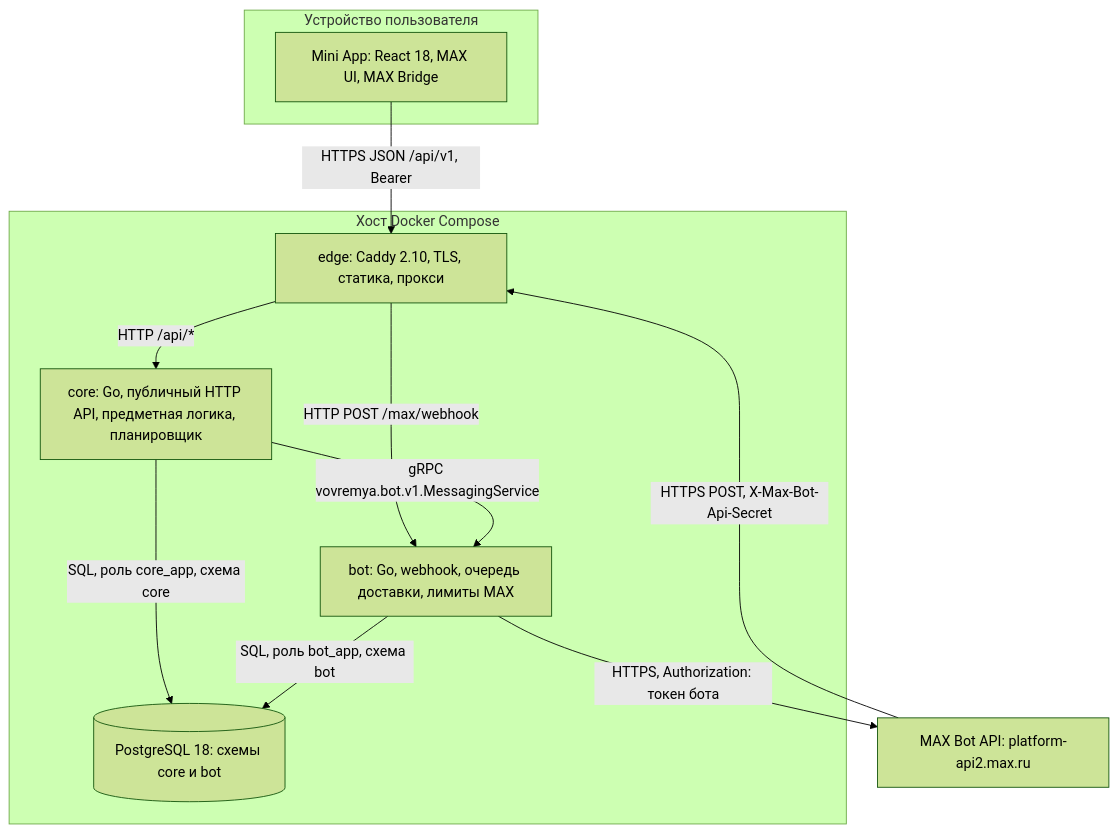
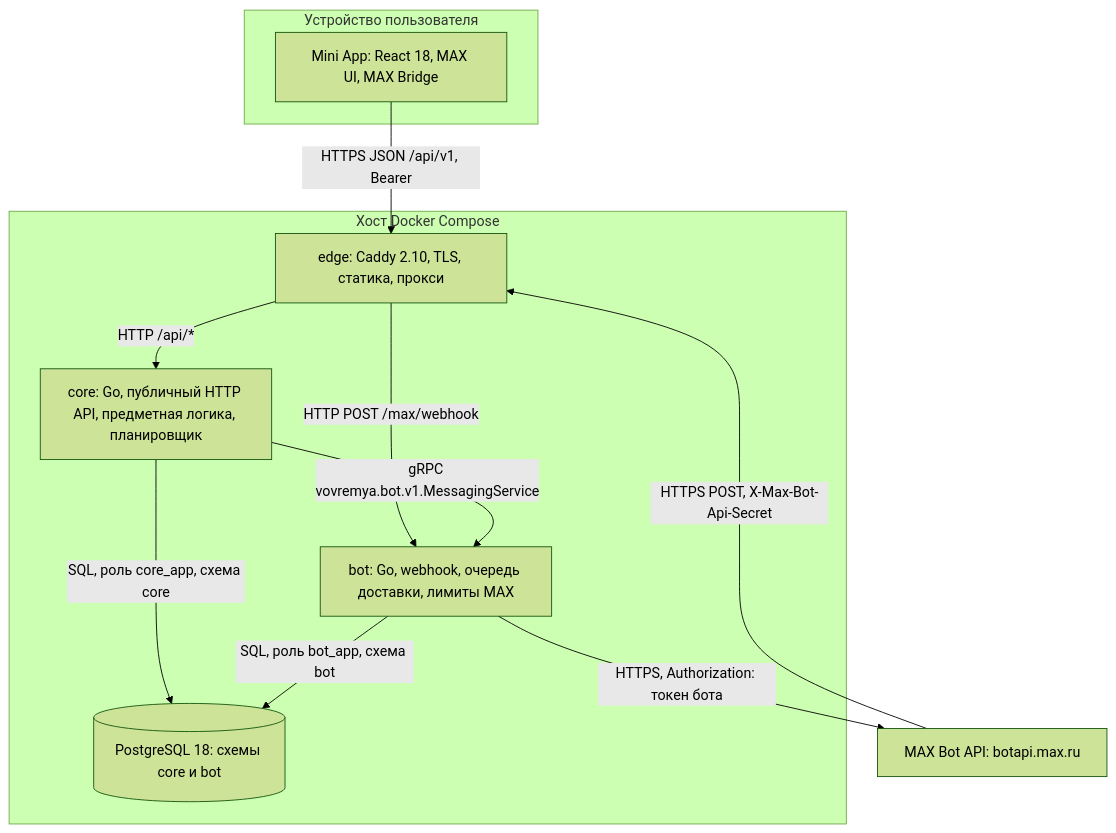
Before and after one commit to WlcM111/max_mini_app: the second of 3 diagrams in docs/architecture/system-overview.md, drawn with Mermaid (forest theme). The commit also changed 87 other files, not shown here.

````diff
--- a/docs/architecture/system-overview.md
+++ b/docs/architecture/system-overview.md
@@ -26,21 +26,21 @@
 ```mermaid
 flowchart TB
   subgraph device["Устройство пользователя"]
     fe["Mini App: React 18, MAX UI, MAX Bridge"]
   end
   subgraph host["Хост Docker Compose"]
     edge["edge: Caddy 2.10, TLS, статика, прокси"]
     core["core: Go, публичный HTTP API, предметная логика, планировщик"]
     bot["bot: Go, webhook, очередь доставки, лимиты MAX"]
     pg[("PostgreSQL 18: схемы core и bot")]
   end
-  maxapi["MAX Bot API: platform-api2.max.ru"]
+  maxapi["MAX Bot API: botapi.max.ru"]
   fe -->|"HTTPS JSON /api/v1, Bearer"| edge
   edge -->|"HTTP /api/*"| core
   edge -->|"HTTP POST /max/webhook"| bot
   core -->|"gRPC vovremya.bot.v1.MessagingService"| bot
   core -->|"SQL, роль core_app, схема core"| pg
   bot -->|"SQL, роль bot_app, схема bot"| pg
   bot -->|"HTTPS, Authorization: токен бота"| maxapi
   maxapi -->|"HTTPS POST, X-Max-Bot-Api-Secret"| edge
 ```
````
